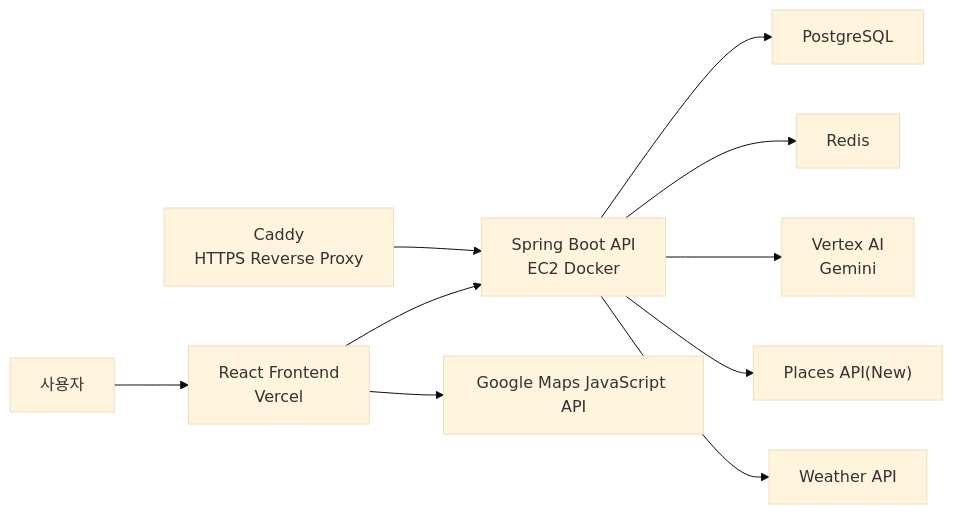
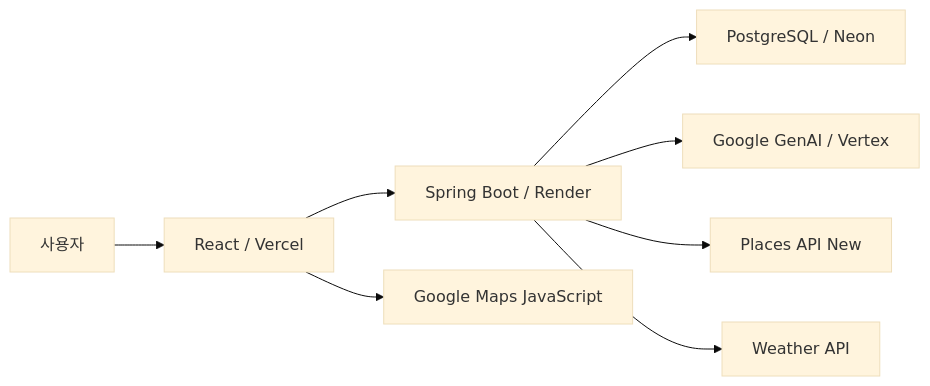
One commit to KHSBE/KHSBE-AIT changed the first of 2 diagrams in docs/아키텍처.md. Above: the diagram before and after it, drawn with Mermaid (base theme). The commit also changed other lines of this file and 8 other files, not shown here.

````diff
--- a/docs/아키텍처.md
+++ b/docs/아키텍처.md
@@ -5,12 +7,10 @@
 ```mermaid
 flowchart LR
-    User["사용자"] --> Front["React Frontend\nVercel"]
-    Front --> Api["Spring Boot API\nEC2 Docker"]
-    Api --> Postgres["PostgreSQL"]
-    Api --> Redis["Redis"]
-    Api --> Vertex["Vertex AI\nGemini"]
-    Api --> Places["Places API(New)"]
-    Api --> Weather["Weather API"]
-    Front --> Maps["Google Maps JavaScript API"]
-    Caddy["Caddy\nHTTPS Reverse Proxy"] --> Api
+    U[사용자] --> F[React / Vercel]
+    F --> B[Spring Boot / Render]
+    B --> DB[PostgreSQL / Neon]
+    B --> AI[Google GenAI / Vertex]
+    B --> P[Places API New]
+    B --> W[Weather API]
+    F --> M[Google Maps JavaScript]
 ```
````
